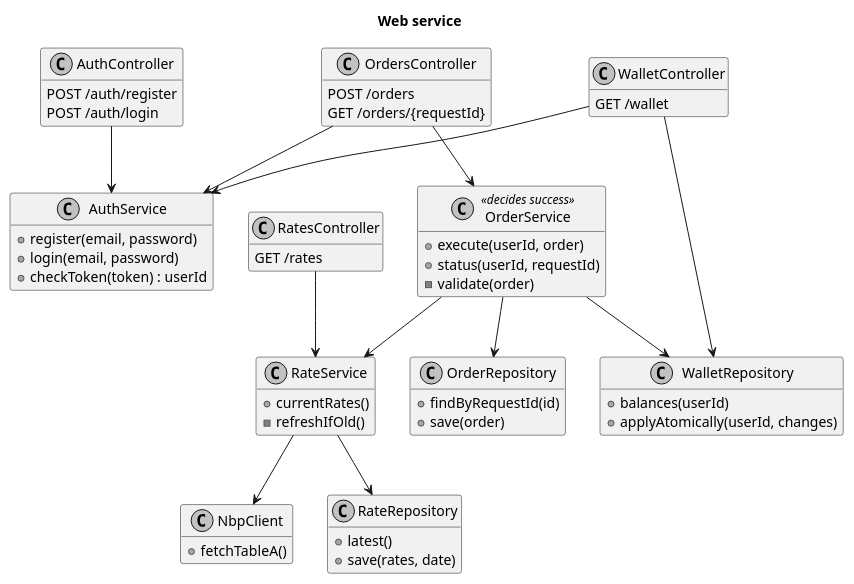
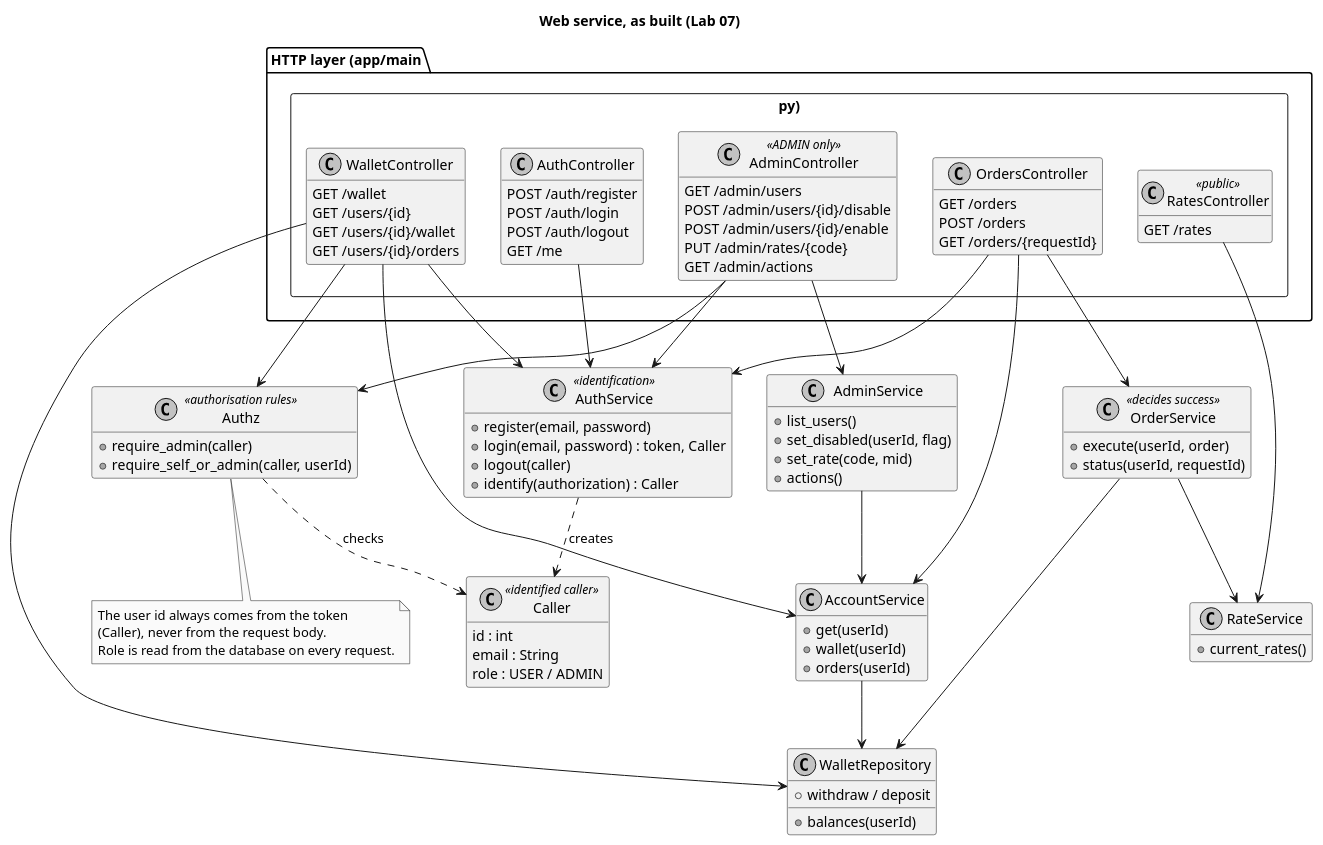
The diagram in docs/diagrams/classes-server.puml (olezhakashz/currency-exchange), drawn with PlantUML before and after one commit. The commit also changed 30 other files, not shown here.

Commit message:
Lab 07: access rules, evidence, updated models and lab log

```diff
--- a/docs/diagrams/classes-server.puml
+++ b/docs/diagrams/classes-server.puml
@@ -1,62 +1,98 @@
 @startuml classes-server
 skinparam monochrome true
 skinparam shadowing false
 hide empty members
-title Web service
+title Web service, as built (Lab 07)
 
-class AuthController {
-  POST /auth/register
-  POST /auth/login
+rectangle "HTTP layer (app/main.py)" {
+  class AuthController {
+    POST /auth/register
+    POST /auth/login
+    POST /auth/logout
+    GET /me
+  }
+  class RatesController <<public>> {
+    GET /rates
+  }
+  class WalletController {
+    GET /wallet
+    GET /users/{id}
+    GET /users/{id}/wallet
+    GET /users/{id}/orders
+  }
+  class OrdersController {
+    GET /orders
+    POST /orders
+    GET /orders/{requestId}
+  }
+  class AdminController <<ADMIN only>> {
+    GET /admin/users
+    POST /admin/users/{id}/disable
+    POST /admin/users/{id}/enable
+    PUT /admin/rates/{code}
+    GET /admin/actions
+  }
 }
-class RatesController {
-  GET /rates
+
+class Caller <<identified caller>> {
+  id : int
+  email : String
+  role : USER / ADMIN
 }
-class OrdersController {
-  POST /orders
-  GET /orders/{requestId}
+class AuthService <<identification>> {
+  +register(email, password)
+  +login(email, password) : token, Caller
+  +logout(caller)
+  +identify(authorization) : Caller
 }
-class WalletController {
-  GET /wallet
+class Authz <<authorisation rules>> {
+  +require_admin(caller)
+  +require_self_or_admin(caller, userId)
 }
-class AuthService {
-  +register(email, password)
-  +login(email, password)
-  +checkToken(token) : userId
+class AccountService {
+  +get(userId)
+  +wallet(userId)
+  +orders(userId)
+}
+class AdminService {
+  +list_users()
+  +set_disabled(userId, flag)
+  +set_rate(code, mid)
+  +actions()
 }
 class RateService {
-  +currentRates()
-  -refreshIfOld()
-}
-class NbpClient {
-  +fetchTableA()
+  +current_rates()
 }
 class OrderService <<decides success>> {
   +execute(userId, order)
   +status(userId, requestId)
-  -validate(order)
 }
 class WalletRepository {
   +balances(userId)
-  +applyAtomically(userId, changes)
-}
-class OrderRepository {
-  +findByRequestId(id)
-  +save(order)
-}
-class RateRepository {
-  +latest()
-  +save(rates, date)
+  +withdraw / deposit
 }
 
 AuthController --> AuthService
+WalletController --> AuthService
+OrdersController --> AuthService
+AdminController --> AuthService
+AuthService ..> Caller : creates
+WalletController --> Authz
+AdminController --> Authz
+Authz ..> Caller : checks
 RatesController --> RateService
-OrdersController --> AuthService
+WalletController --> AccountService
+WalletController --> WalletRepository
 OrdersController --> OrderService
-WalletController --> AuthService
-WalletController --> WalletRepository
-RateService --> RateRepository
-RateService --> NbpClient
+OrdersController --> AccountService
+AdminController --> AdminService
+AdminService --> AccountService
+AccountService --> WalletRepository
 OrderService --> RateService
 OrderService --> WalletRepository
-OrderService --> OrderRepository
+note bottom of Authz
+  The user id always comes from the token
+  (Caller), never from the request body.
+  Role is read from the database on every request.
+end note
 @enduml
```
